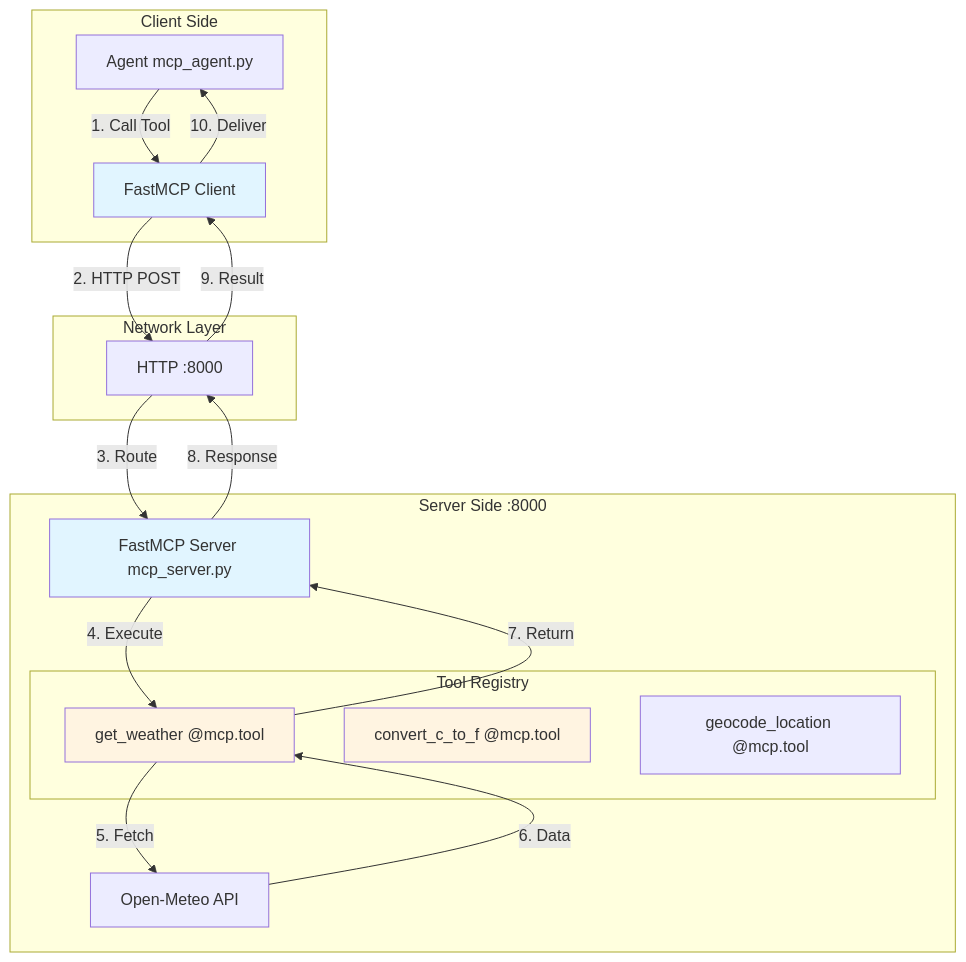
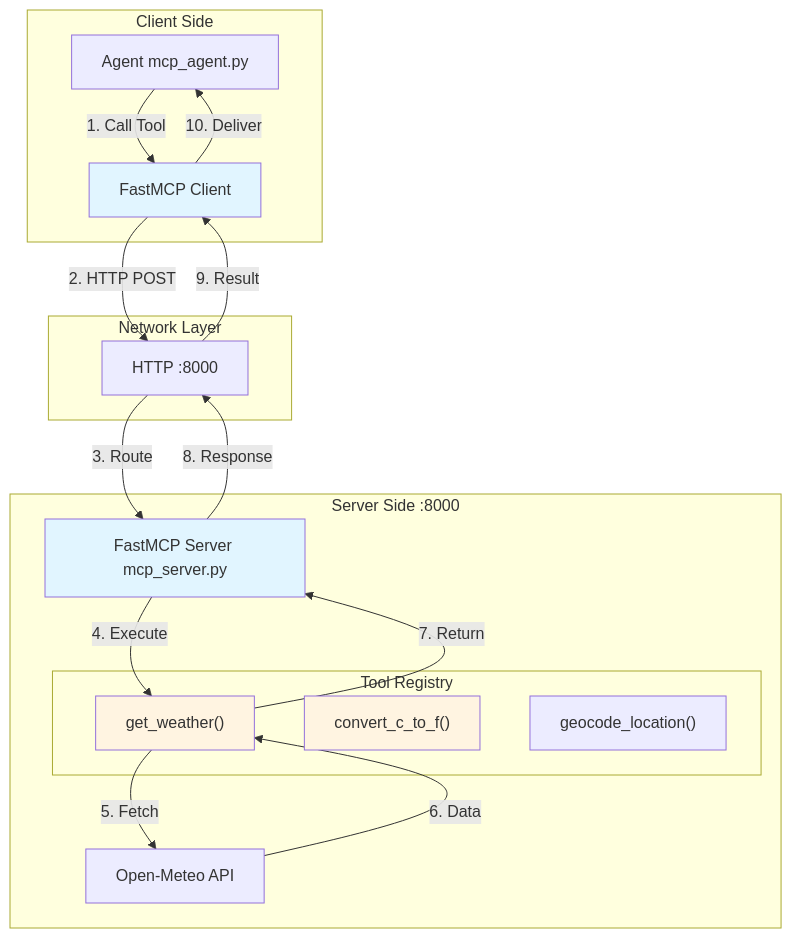
One commit to skillrepos/ai-3in1 changed the first of 4 diagrams in docs/architecture-lab3.md. Above: the diagram before and after it, drawn with Mermaid. The commit also changed other lines of this file, not shown here.

Commit message:
Update tool names in architecture documentation

````diff
--- a/docs/architecture-lab3.md
+++ b/docs/architecture-lab3.md
@@ -8,39 +8,39 @@
 ```mermaid
 graph TB
     subgraph "Client Side"
         Agent[Agent mcp_agent.py]
         MCPClient[FastMCP Client]
     end
 
     subgraph "Network Layer"
         HTTP[HTTP :8000]
     end
 
     subgraph "Server Side :8000"
         MCPServer[FastMCP Server mcp_server.py]
 
         subgraph "Tool Registry"
-            Tool1[get_weather @mcp.tool]
-            Tool2[convert_c_to_f @mcp.tool]
-            Tool3[geocode_location @mcp.tool]
+            Tool1["get_weather()"]
+            Tool2["convert_c_to_f()"]
+            Tool3["geocode_location()"]
         end
 
         API[Open-Meteo API]
     end
 
     Agent -->|1. Call Tool| MCPClient
     MCPClient -->|2. HTTP POST| HTTP
     HTTP -->|3. Route| MCPServer
     MCPServer -->|4. Execute| Tool1
     Tool1 -->|5. Fetch| API
     API -->|6. Data| Tool1
     Tool1 -->|7. Return| MCPServer
     MCPServer -->|8. Response| HTTP
     HTTP -->|9. Result| MCPClient
     MCPClient -->|10. Deliver| Agent
 
     style MCPClient fill:#e1f5ff
     style MCPServer fill:#e1f5ff
     style Tool1 fill:#fff4e1
     style Tool2 fill:#fff4e1
 ```
````
